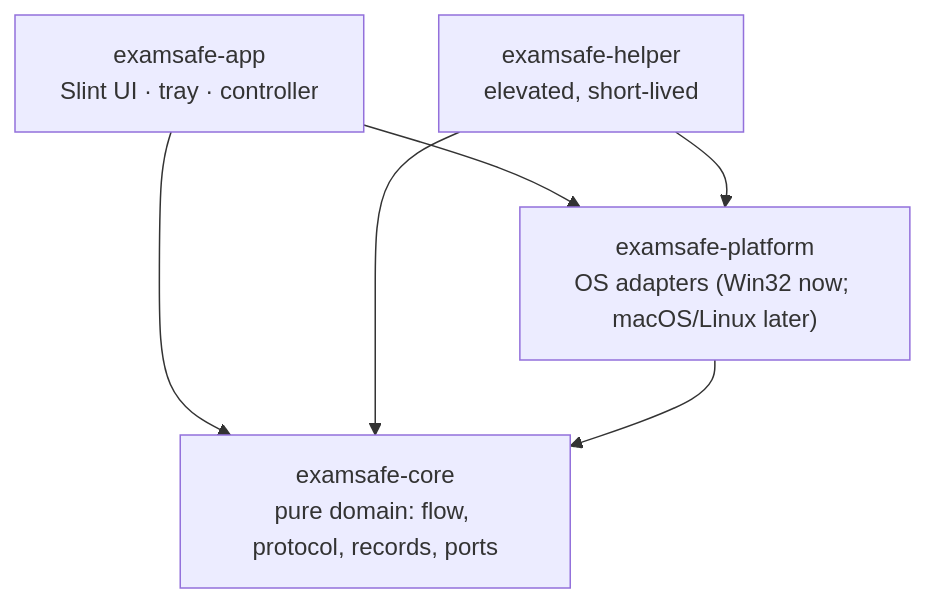
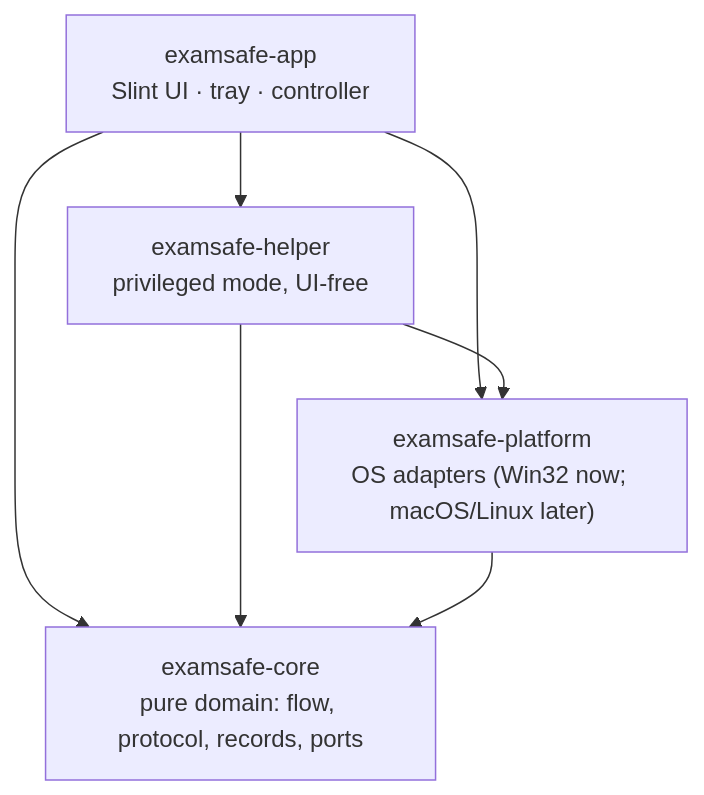
One commit to MikkelBlom/ExamSafe changed the diagram in docs/ARCHITECTURE.md. Above: the diagram before and after it, drawn with Mermaid. The commit also changed other lines of this file and 13 other files, not shown here.

First line of the commit message:
Ship as one portable exe with a built-in helper mode

````diff
--- a/docs/ARCHITECTURE.md
+++ b/docs/ARCHITECTURE.md
@@ -8,9 +8,10 @@
 ```mermaid
 flowchart TD
   App["examsafe-app<br/>Slint UI · tray · controller"] --> Platform
   App --> Core
-  Helper["examsafe-helper<br/>elevated, short-lived"] --> Platform
+  App --> Helper
+  Helper["examsafe-helper<br/>privileged mode, UI-free"] --> Platform
   Helper --> Core
   Platform["examsafe-platform<br/>OS adapters (Win32 now; macOS/Linux later)"] --> Core
   Core["examsafe-core<br/>pure domain: flow, protocol, records, ports"]
 ```
````
